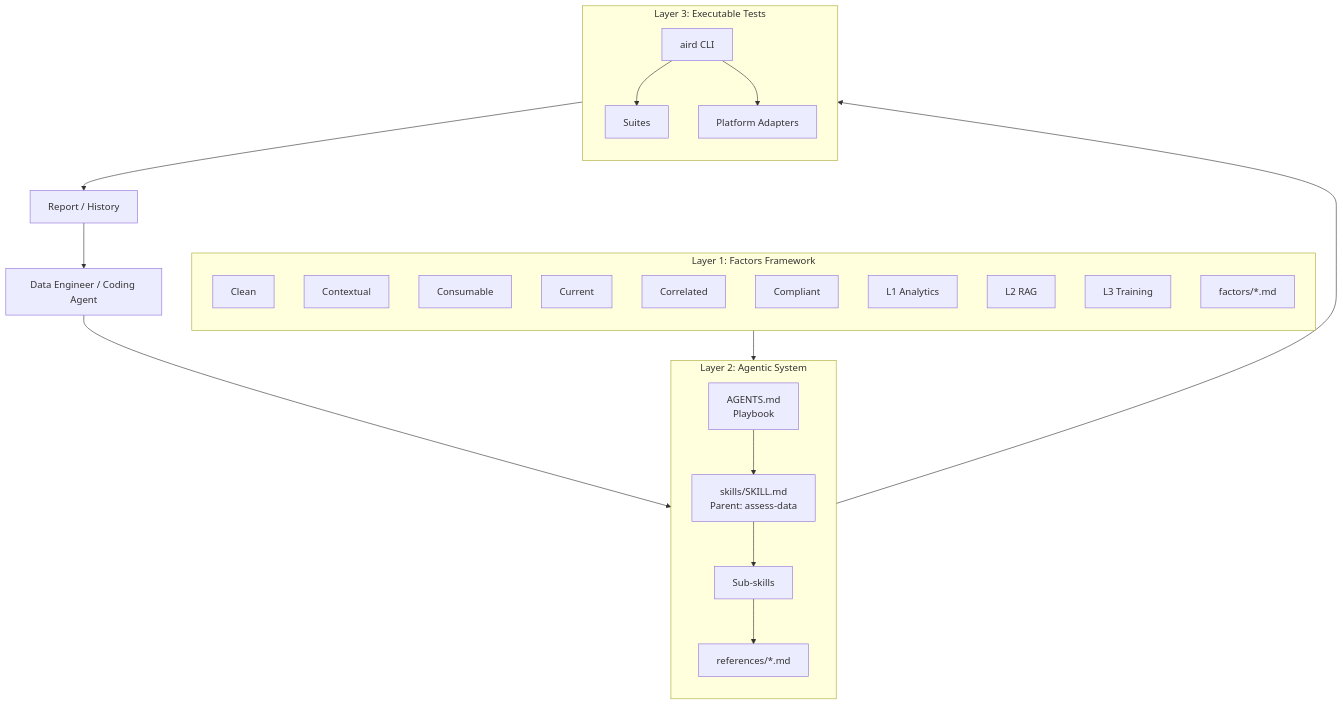
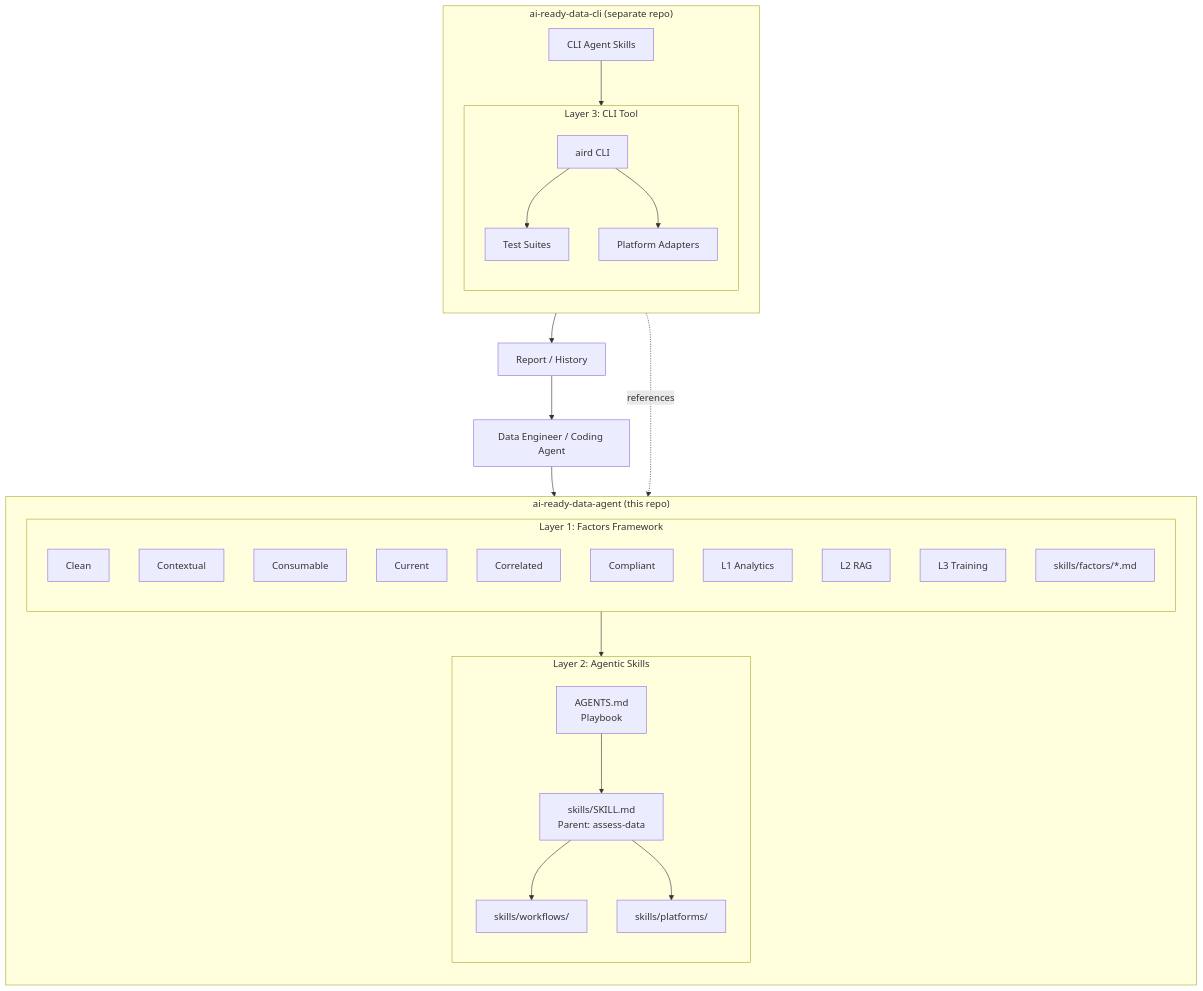
One commit to ai-ready-data/ai-ready-data-agent changed the first of 4 diagrams in docs/architecture-system-map.md. Above: the diagram before and after it, drawn with Mermaid. The commit also changed other lines of this file and 127 other files, not shown here.

````diff
--- a/docs/architecture-system-map.md
+++ b/docs/architecture-system-map.md
@@ -9,42 +9,52 @@
 ```mermaid
 flowchart TB
-  subgraph layer1 [Layer 1: Factors Framework]
+  subgraph framework ["ai-ready-data-agent (this repo)"]
     direction TB
-    F0[Clean]
-    F1[Contextual]
-    F2[Consumable]
-    F3[Current]
-    F4[Correlated]
-    F5[Compliant]
-    L1[L1 Analytics]
-    L2[L2 RAG]
-    L3[L3 Training]
-    Factors[factors/*.md]
+    subgraph layer1 [Layer 1: Factors Framework]
+      direction TB
+      F0[Clean]
+      F1[Contextual]
+      F2[Consumable]
+      F3[Current]
+      F4[Correlated]
+      F5[Compliant]
+      L1[L1 Analytics]
+      L2[L2 RAG]
+      L3[L3 Training]
+      Factors["skills/factors/*.md"]
+    end
+
+    subgraph layer2 [Layer 2: Agentic Skills]
+      direction TB
+      Playbook[AGENTS.md<br/>Playbook]
+      ParentSkill["skills/SKILL.md<br/>Parent: assess-data"]
+      Workflows["skills/workflows/"]
+      Platforms["skills/platforms/"]
+      Playbook --> ParentSkill
+      ParentSkill --> Workflows
+      ParentSkill --> Platforms
+    end
+
+    layer1 --> layer2
   end
 
-  subgraph layer2 [Layer 2: Agentic System]
+  subgraph cli ["ai-ready-data-cli (separate repo)"]
     direction TB
-    Playbook[AGENTS.md<br/>Playbook]
-    ParentSkill[skills/SKILL.md<br/>Parent: assess-data]
-    SubSkills[Sub-skills]
-    Refs[references/*.md]
-    Playbook --> ParentSkill
-    ParentSkill --> SubSkills
-    SubSkills --> Refs
-  end
+    subgraph layer3 [Layer 3: CLI Tool]
+      direction TB
+      CLI[aird CLI]
+      Suites[Test Suites]
+      PlatformAdapters[Platform Adapters]
+      CLI --> Suites
+      CLI --> PlatformAdapters
+    end
 
-  subgraph layer3 [Layer 3: Executable Tests]
-    direction TB
-    CLI[aird CLI]
-    Suites[Suites]
-    Platforms[Platform Adapters]
-    CLI --> Suites
-    CLI --> Platforms
+    CLISkills["CLI Agent Skills"]
+    CLISkills --> CLI
   end
 
   User[Data Engineer / Coding Agent] --> layer2
-  layer1 --> layer2
-  layer2 --> layer3
+  CLISkills -.->|references| layer1
   layer3 --> Report[Report / History]
   Report --> User
 ```
````
